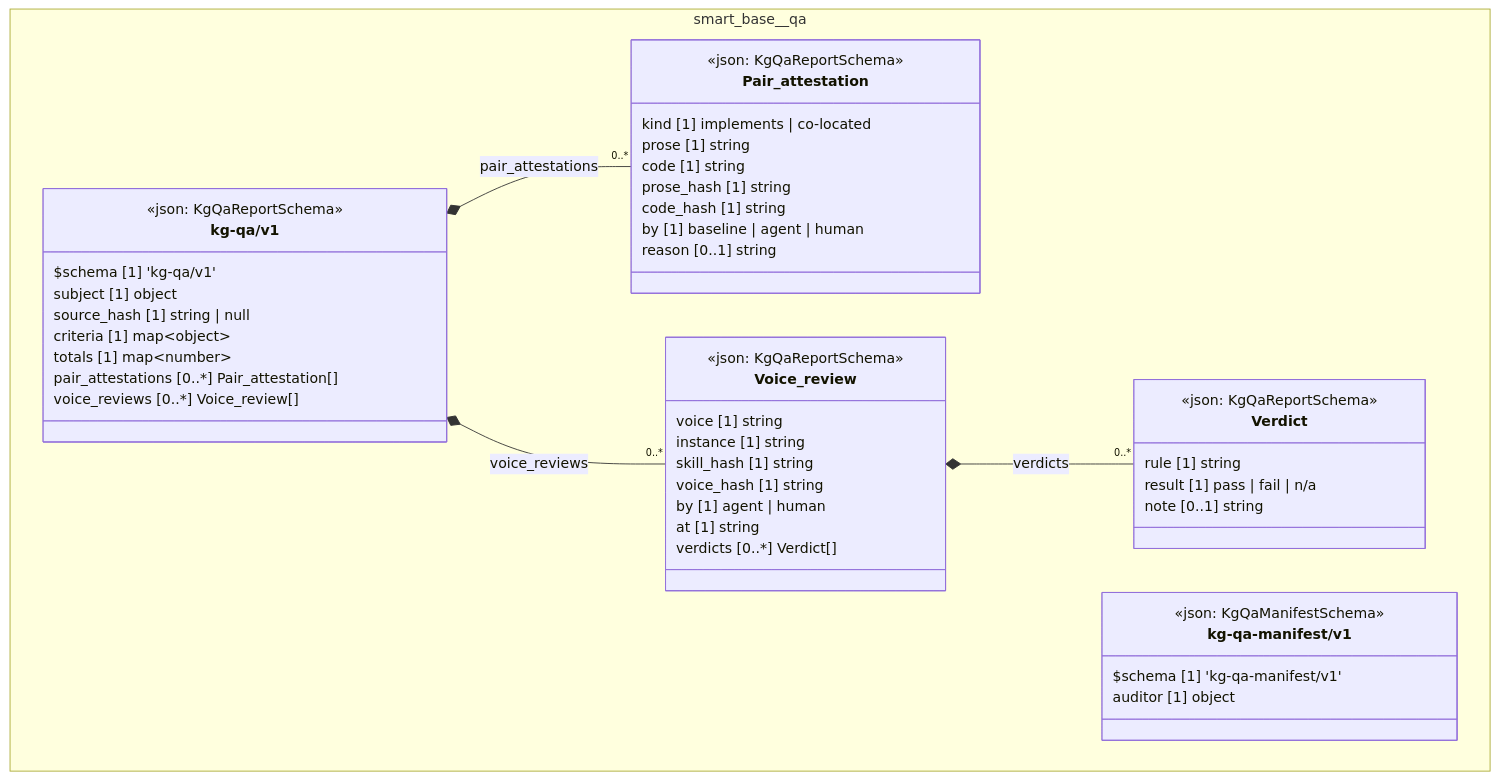
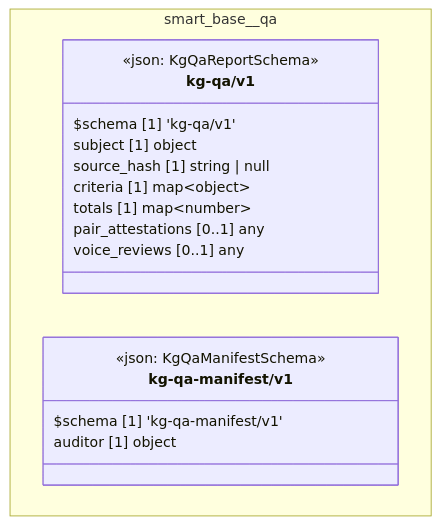
Before and after one commit to litlfred/folio-assistant: the diagram in cat-harness/docs/uml/overview/smart-base/qa.md, drawn with Mermaid. The commit also changed 234 other files, not shown here.

````diff
--- a/cat-harness/docs/uml/overview/smart-base/qa.md
+++ b/cat-harness/docs/uml/overview/smart-base/qa.md
@@ -42,55 +42,23 @@
 ```mermaid
 classDiagram
   direction TB
   namespace smart_base__qa {
-    class smart_base_qa_kg_qa_v1_Pair_attestation["Pair_attestation"] {
-      <<json: KgQaReportSchema>>
-      kind [1] implements | co-located
-      prose [1] string
-      code [1] string
-      prose_hash [1] string
-      code_hash [1] string
-      by [1] baseline | agent | human
-      reason [0..1] string
-    }
-    class smart_base_qa_kg_qa_v1_Verdict["Verdict"] {
-      <<json: KgQaReportSchema>>
-      rule [1] string
-      result [1] pass | fail | n/a
-      note [0..1] string
-    }
-    class smart_base_qa_kg_qa_v1_Voice_review["Voice_review"] {
-      <<json: KgQaReportSchema>>
-      voice [1] string
-      instance [1] string
-      skill_hash [1] string
-      voice_hash [1] string
-      by [1] agent | human
-      at [1] string
-      verdicts [0..*] Verdict[]
-    }
     class smart_base_qa_kg_qa_v1_kg_qa_v1["kg-qa/v1"] {
       <<json: KgQaReportSchema>>
       $schema [1] 'kg-qa/v1'
       subject [1] object
       source_hash [1] string | null
       criteria [1] map~object~
       totals [1] map~number~
-      pair_attestations [0..*] Pair_attestation[]
-      voice_reviews [0..*] Voice_review[]
+      pair_attestations [0..1] any
+      voice_reviews [0..1] any
     }
     class smart_base_qa_kg_qa_manifest_v1_kg_qa_manifest_v1["kg-qa-manifest/v1"] {
       <<json: KgQaManifestSchema>>
       $schema [1] 'kg-qa-manifest/v1'
       auditor [1] object
     }
   }
-  smart_base_qa_kg_qa_v1_kg_qa_v1 *-- "0..*" smart_base_qa_kg_qa_v1_Pair_attestation : pair_attestations
-  smart_base_qa_kg_qa_v1_Voice_review *-- "0..*" smart_base_qa_kg_qa_v1_Verdict : verdicts
-  smart_base_qa_kg_qa_v1_kg_qa_v1 *-- "0..*" smart_base_qa_kg_qa_v1_Voice_review : voice_reviews
-  cssClass "smart_base_qa_kg_qa_v1_Pair_attestation" fa_uml_kind_qa
-  cssClass "smart_base_qa_kg_qa_v1_Verdict" fa_uml_kind_qa
-  cssClass "smart_base_qa_kg_qa_v1_Voice_review" fa_uml_kind_qa
   cssClass "smart_base_qa_kg_qa_v1_kg_qa_v1" fa_uml_kind_qa
   cssClass "smart_base_qa_kg_qa_manifest_v1_kg_qa_manifest_v1" fa_uml_kind_qa
 ```
````
